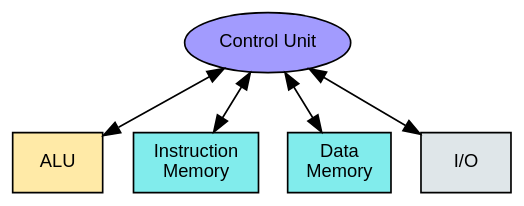
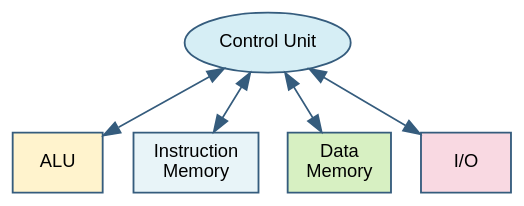
The eighth of 19 diagrams in semester-2/Theoretical Computer Science/8.qmd (p0dyakov/inno_notes), drawn with Graphviz before and after one commit. The commit also changed other lines of this file and 191 other files, not shown here.

````diff
--- a/semester-2/Theoretical Computer Science/8.qmd
+++ b/semester-2/Theoretical Computer Science/8.qmd
@@ -534,22 +532,22 @@
 ```{dot}
 //| fig-cap: "Harvard architecture: physically separate memories for instructions and data"
 //| fig-width: 4.5
 //| fig-height: 2.5
 digraph harvard {
   rankdir=TB;
   bgcolor="transparent";
-  node [fontname="Helvetica", fontsize=11, style=filled];
-  edge [fontname="Helvetica", fontsize=10];
+  node [fontname="Helvetica", fontsize=11, style=filled, color="#355c7d", penwidth=1.1];
+  edge [fontname="Helvetica", fontsize=10, color="#355c7d"];
 
-  ctrl [label="Control Unit", shape=ellipse, fillcolor="#a29bfe"];
-  alu  [label="ALU", shape=box, fillcolor="#ffeaa7"];
-  imem [label="Instruction\nMemory", shape=box, fillcolor="#81ecec"];
-  dmem [label="Data\nMemory", shape=box, fillcolor="#81ecec"];
-  io   [label="I/O", shape=box, fillcolor="#dfe6e9"];
+  ctrl [label="Control Unit", shape=ellipse, fillcolor="#d6eef5"];
+  alu  [label="ALU", shape=box, fillcolor="#fff3cd"];
+  imem [label="Instruction\nMemory", shape=box, fillcolor="#e8f4f8"];
+  dmem [label="Data\nMemory", shape=box, fillcolor="#d7f0c2"];
+  io   [label="I/O", shape=box, fillcolor="#f9d9e2"];
 
   ctrl -> alu  [dir=both];
   ctrl -> imem [dir=both];
   ctrl -> dmem [dir=both];
   ctrl -> io   [dir=both];
 }
 ```
````
